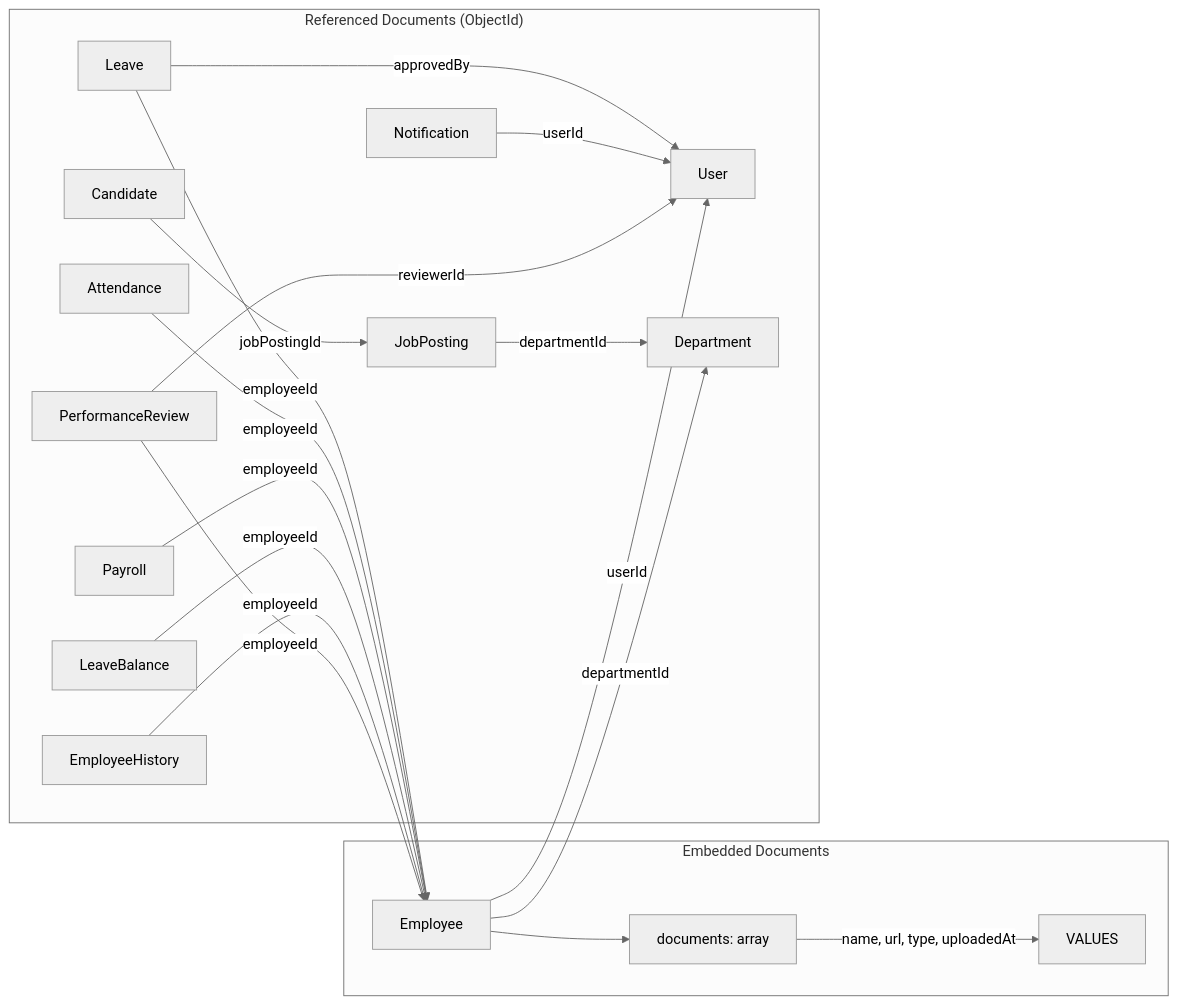
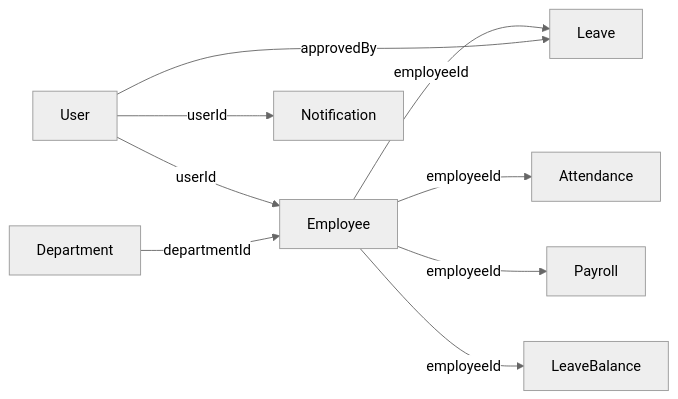
One commit to nghiaxh/hr-management changed the ninth of 24 diagrams in docs/SDD.md. Above: the diagram before and after it, drawn with Mermaid (neutral theme). The commit also changed other lines of this file and 8 other files, not shown here.

````diff
--- a/docs/SDD.md
+++ b/docs/SDD.md
@@ -613,22 +567,11 @@
 ```mermaid
 graph LR
-    subgraph "Embedded Documents"
-        EMP[Employee] --> DOC[documents: array]
-        DOC -->|name, url, type, uploadedAt| VALUES
-    end
-    subgraph "Referenced Documents (ObjectId)"
-        EMP -->|userId| USR[User]
-        EMP -->|departmentId| DEP[Department]
-        LEAVE[Leave] -->|employeeId| EMP
-        LEAVE -->|approvedBy| USR
-        ATT[Attendance] -->|employeeId| EMP
-        PAY[Payroll] -->|employeeId| EMP
-        LB[LeaveBalance] -->|employeeId| EMP
-        HIST[EmployeeHistory] -->|employeeId| EMP
-        NOTIF[Notification] -->|userId| USR
-        CAND[Candidate] -->|jobPostingId| JP[JobPosting]
-        JP -->|departmentId| DEP
-        PR[PerformanceReview] -->|employeeId| EMP
-        PR -->|reviewerId| USR
-    end
+    USR[User] -->|userId| EMP[Employee]
+    DEP[Department] -->|departmentId| EMP
+    EMP -->|employeeId| LEAVE[Leave]
+    USR -->|approvedBy| LEAVE
+    EMP -->|employeeId| ATT[Attendance]
+    EMP -->|employeeId| PAY[Payroll]
+    EMP -->|employeeId| LB[LeaveBalance]
+    USR -->|userId| NOTIF[Notification]
 ```
````
